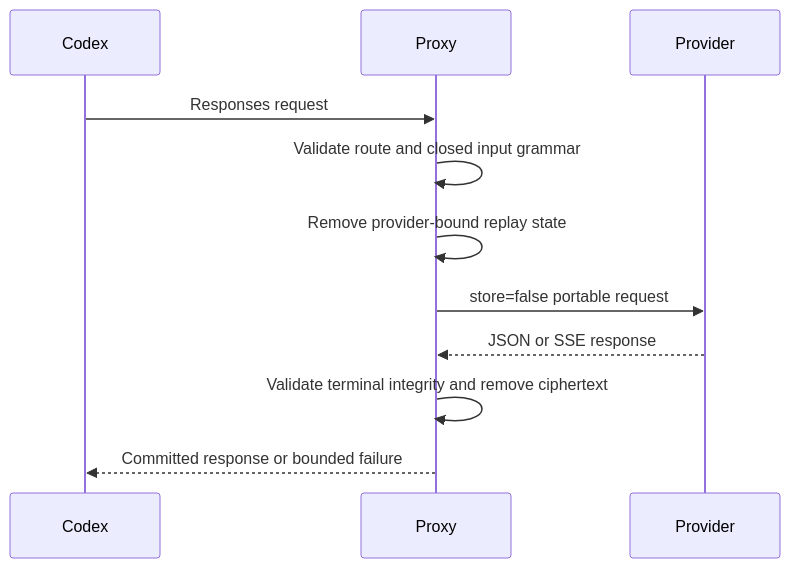
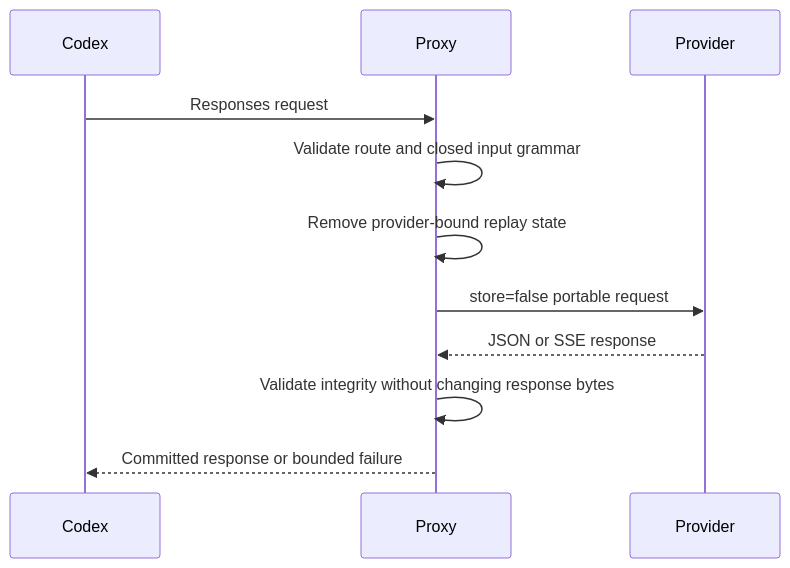
One commit to HengYangDS/codex-responses-proxy changed the third of 4 diagrams in docs/architecture/authority-and-runtime-boundary.md. Above: the diagram before and after it, drawn with Mermaid. The commit also changed other lines of this file and 100 other files, not shown here.

````diff
--- a/docs/architecture/authority-and-runtime-boundary.md
+++ b/docs/architecture/authority-and-runtime-boundary.md
@@ -73,14 +73,14 @@
 ```mermaid
 sequenceDiagram
     participant Codex
     participant Proxy
     participant Provider
 
     Codex->>Proxy: Responses request
     Proxy->>Proxy: Validate route and closed input grammar
     Proxy->>Proxy: Remove provider-bound replay state
     Proxy->>Provider: store=false portable request
     Provider-->>Proxy: JSON or SSE response
-    Proxy->>Proxy: Validate terminal integrity and remove ciphertext
+    Proxy->>Proxy: Validate integrity without changing response bytes
     Proxy-->>Codex: Committed response or bounded failure
 ```
````
